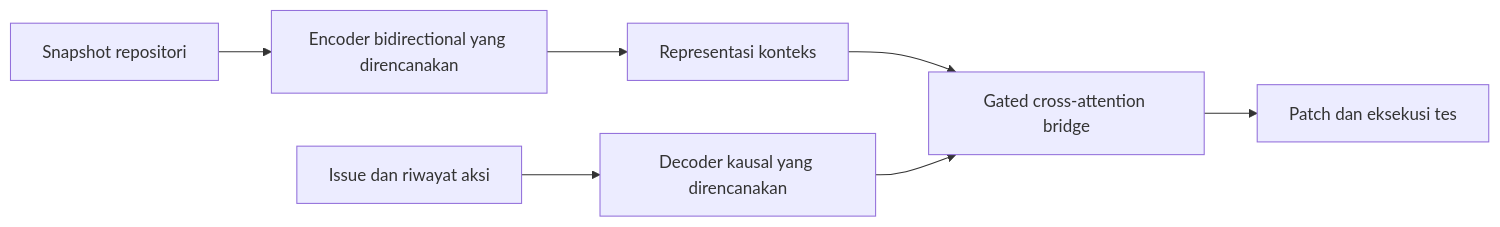
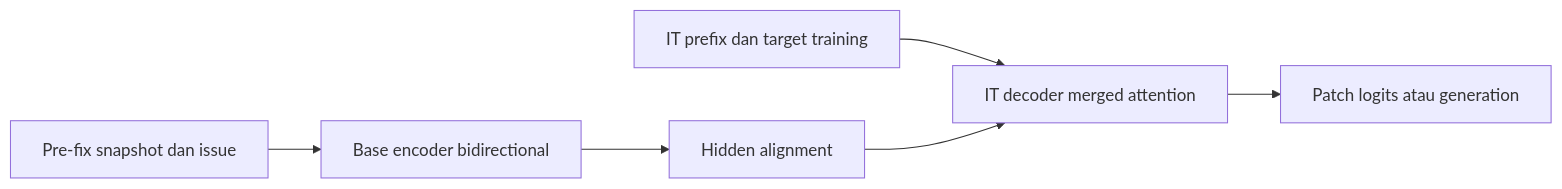
One commit to daruoktab/bifocalgemma changed the diagram in docs/proposal.md. Above: the diagram before and after it, drawn with Mermaid. The commit also changed other lines of this file and 52 other files, not shown here.

````diff
--- a/docs/proposal.md
+++ b/docs/proposal.md
@@ -26,9 +22,8 @@
 ```mermaid
 flowchart LR
-    R[Snapshot repositori] --> E[Encoder bidirectional yang direncanakan]
-    E --> H[Representasi konteks]
-    H --> B[Gated cross-attention bridge]
-    I[Issue dan riwayat aksi] --> D[Decoder kausal yang direncanakan]
-    D --> B
-    B --> P[Patch dan eksekusi tes]
+    S[Pre-fix snapshot dan issue] --> E[Base encoder bidirectional]
+    E --> A[Hidden alignment]
+    P[IT prefix dan target training] --> D[IT decoder merged attention]
+    A --> D
+    D --> O[Patch logits atau generation]
 ```
````
